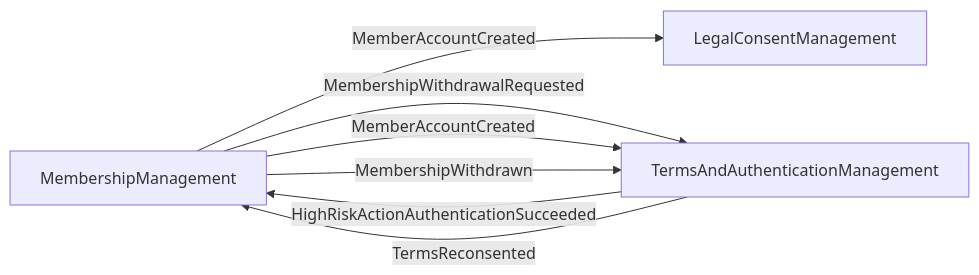
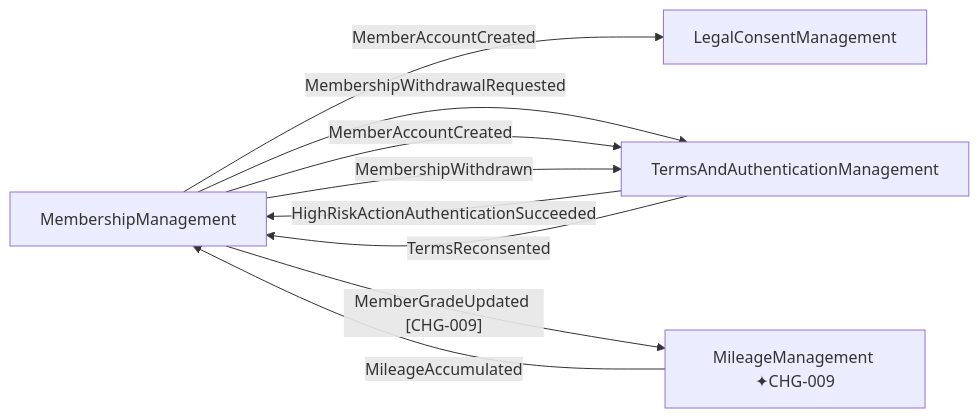
One commit to uengine-oss/robo-architect changed the diagram in specs/context-map.md. Above: the diagram before and after it, drawn with Mermaid. The commit also changed other lines of this file and 110 other files, not shown here.

````diff
--- a/specs/context-map.md
+++ b/specs/context-map.md
@@ -9,13 +10,16 @@
 ```mermaid
 graph LR
     bc_legalconsentmanagement["LegalConsentManagement"]
     bc_membershipmanagement["MembershipManagement"]
     bc_termsandauthenticationmanagement["TermsAndAuthenticationManagement"]
+    bc_mileagemanagement["MileageManagement ✦CHG-009"]
     bc_membershipmanagement -->|"MemberAccountCreated"| bc_legalconsentmanagement
     bc_membershipmanagement -->|"MembershipWithdrawalRequested"| bc_termsandauthenticationmanagement
     bc_membershipmanagement -->|"MemberAccountCreated"| bc_termsandauthenticationmanagement
     bc_membershipmanagement -->|"MembershipWithdrawn"| bc_termsandauthenticationmanagement
     bc_termsandauthenticationmanagement -->|"HighRiskActionAuthenticationSucceeded"| bc_membershipmanagement
     bc_termsandauthenticationmanagement -->|"TermsReconsented"| bc_membershipmanagement
+    bc_membershipmanagement -->|"MemberGradeUpdated [CHG-009]"| bc_mileagemanagement
+    bc_mileagemanagement -->|"MileageAccumulated"| bc_membershipmanagement
 
 ```
````
